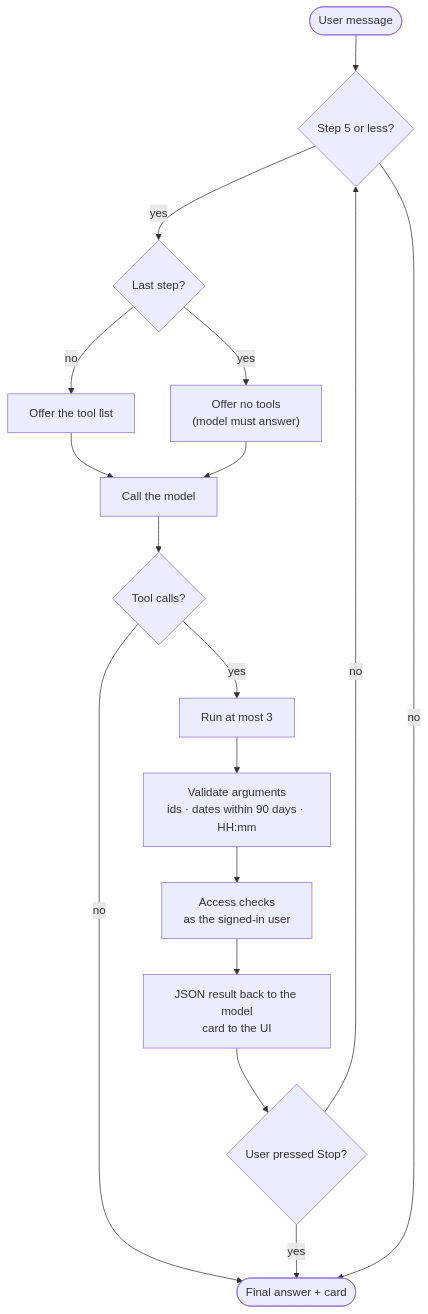
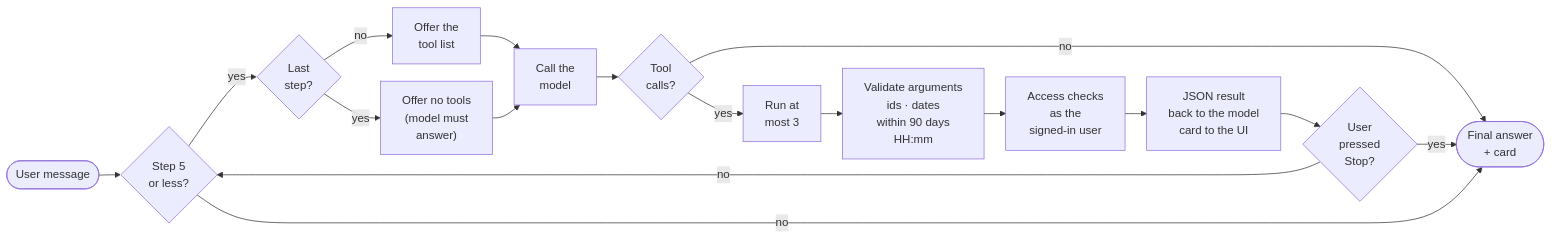
One commit to vikrant48/CareSync_frontend changed the third of 29 diagrams in public/docs/caresync.md. Above: the diagram before and after it, drawn with Mermaid. The commit also changed other lines of this file and 1 other file, not shown here.

Commit message:
Enhance diagram rendering by setting max width from Mermaid source

````diff
--- a/public/docs/caresync.md
+++ b/public/docs/caresync.md
@@ -161,19 +161,20 @@
 ```mermaid
-flowchart TD
-    START(["User message"]) --> STEP{"Step 5 or less?"}
-    STEP -- yes --> LAST{"Last step?"}
-    LAST -- no --> OFFER["Offer the tool list"]
-    LAST -- yes --> NOTOOLS["Offer no tools<br/>(model must answer)"]
-    OFFER --> CALL["Call the model"]
+%%{init: {"flowchart": {"rankSpacing": 30, "nodeSpacing": 24}}}%%
+flowchart LR
+    START(["User message"]) --> STEP{"Step 5<br/>or less?"}
+    STEP -- yes --> LAST{"Last<br/>step?"}
+    LAST -- no --> OFFER["Offer the<br/>tool list"]
+    LAST -- yes --> NOTOOLS["Offer no tools<br/>(model must<br/>answer)"]
+    OFFER --> CALL["Call the<br/>model"]
     NOTOOLS --> CALL
-    CALL --> WANTS{"Tool calls?"}
-    WANTS -- no --> ANSWER(["Final answer + card"])
-    WANTS -- yes --> LIMIT["Run at most 3"]
-    LIMIT --> VALIDATE["Validate arguments<br/>ids · dates within 90 days · HH:mm"]
-    VALIDATE --> ACCESS["Access checks<br/>as the signed-in user"]
-    ACCESS --> RESULT["JSON result back to the model<br/>card to the UI"]
-    RESULT --> STOP{"User pressed Stop?"}
+    CALL --> WANTS{"Tool<br/>calls?"}
+    WANTS -- no --> ANSWER(["Final answer<br/>+ card"])
+    WANTS -- yes --> LIMIT["Run at<br/>most 3"]
+    LIMIT --> VALIDATE["Validate arguments<br/>ids · dates<br/>within 90 days<br/>HH:mm"]
+    VALIDATE --> ACCESS["Access checks<br/>as the<br/>signed-in user"]
+    ACCESS --> RESULT["JSON result<br/>back to the model<br/>card to the UI"]
+    RESULT --> STOP{"User<br/>pressed<br/>Stop?"}
     STOP -- no --> STEP
     STOP -- yes --> ANSWER
     STEP -- no --> ANSWER
 ```
````
